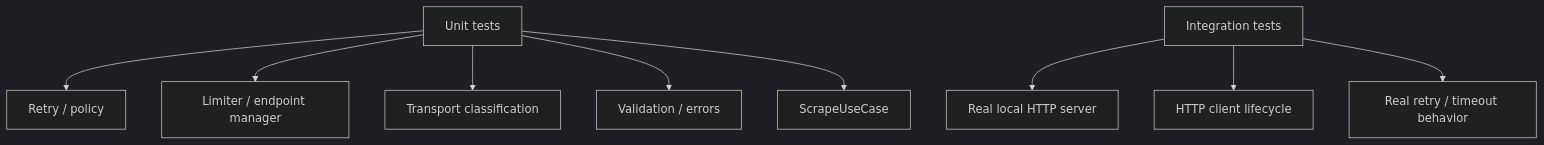
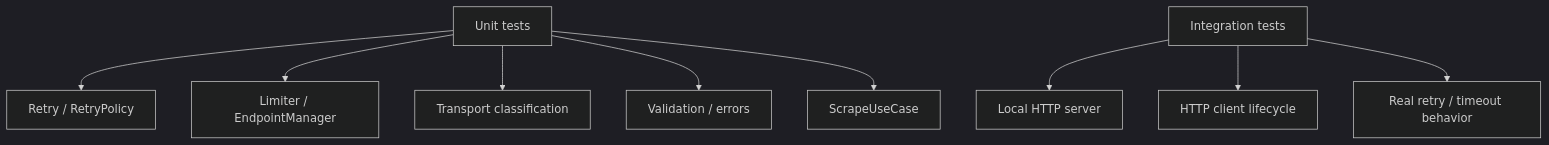
Before and after one commit to Snoke19/ctgov-history-sync: the ninth of 9 diagrams in README.md, drawn with Mermaid (dark theme). The commit also changed other lines of this file, not shown here.

````diff
--- a/README.md
+++ b/README.md
@@ -370,13 +384,13 @@
 ```mermaid
 flowchart TB
     U[Unit tests]
     I[Integration tests]
-    U --> C1[Retry / policy]
-    U --> C2[Limiter / endpoint manager]
+    U --> C1[Retry / RetryPolicy]
+    U --> C2[Limiter / EndpointManager]
     U --> C3[Transport classification]
     U --> C4[Validation / errors]
     U --> C5[ScrapeUseCase]
-    I --> C6[Real local HTTP server]
+    I --> C6[Local HTTP server]
     I --> C7[HTTP client lifecycle]
     I --> C8[Real retry / timeout behavior]
 ```
````
